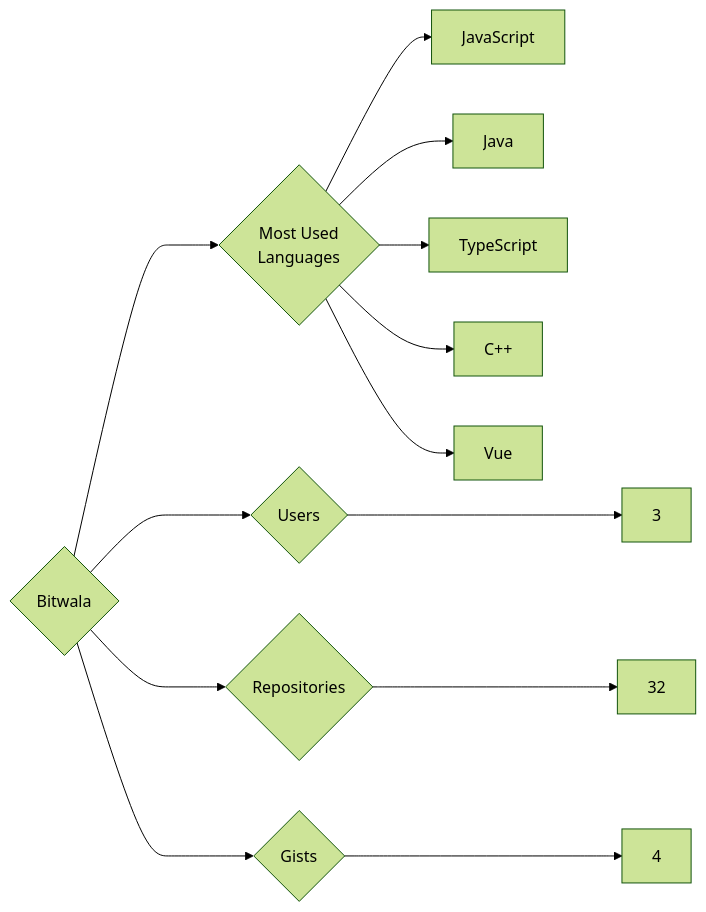
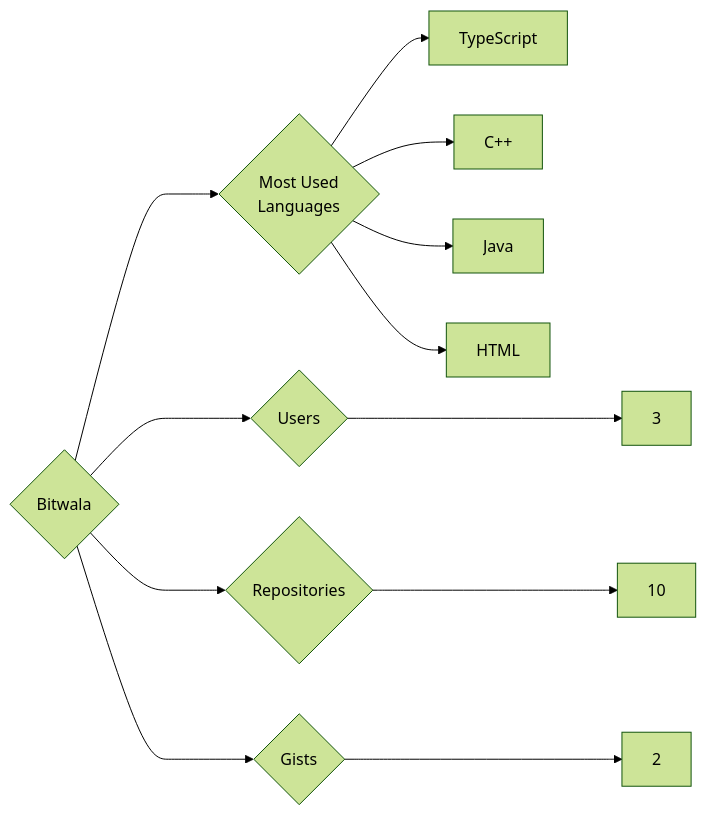
Before and after one commit to trickest/insiders: the diagram in targets/Bitwala/README.md, drawn with Mermaid (forest theme). The commit also changed 618 other files, not shown here.

````diff
--- a/targets/Bitwala/README.md
+++ b/targets/Bitwala/README.md
@@ -3,13 +3,12 @@
 ```mermaid
 graph LR
 COMPANY_NAME{Bitwala}
 COMPANY_NAME ---> U{Users} ---> UN[3]
-COMPANY_NAME ---> R{Repositories} ---> RN[32]
-COMPANY_NAME ---> G{Gists} ---> GN[4]
+COMPANY_NAME ---> R{Repositories} ---> RN[10]
+COMPANY_NAME ---> G{Gists} ---> GN[2]
 COMPANY_NAME ---> ML{Most Used<br>Languages}
-ML --> JavaScript[JavaScript]
-ML --> Java[Java]
 ML --> TypeScript[TypeScript]
 ML --> C++[C++]
-ML --> Vue[Vue]
+ML --> Java[Java]
+ML --> HTML[HTML]
 ```
````
